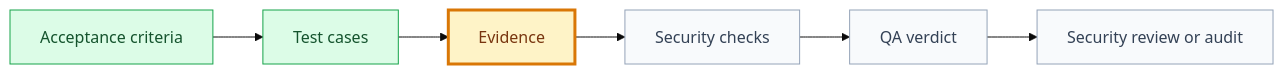
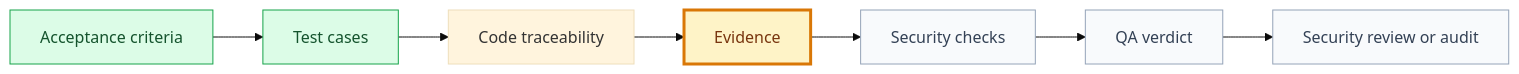
The diagram in domains/events/goals/participate-in-event/features/qr-code-check-in/use-cases/organizer-validates-qr-code/qa-evidence.md (JonatasFreireDev/spec-framework), drawn with Mermaid (base theme) before and after one commit. The commit also changed other lines of this file and 45 other files, not shown here.

Commit message:
Implement task records, code evidence, and rigor tiers

````diff
--- a/domains/events/goals/participate-in-event/features/qr-code-check-in/use-cases/organizer-validates-qr-code/qa-evidence.md
+++ b/domains/events/goals/participate-in-event/features/qr-code-check-in/use-cases/organizer-validates-qr-code/qa-evidence.md
@@ -30,17 +30,18 @@
 ```mermaid
 flowchart LR
   A["Acceptance criteria"] --> T["Test cases"]
-  T --> E["Evidence"]
+  T --> C["Code traceability"]
+  C --> E["Evidence"]
   E --> S["Security checks"]
   S --> V["QA verdict"]
   V --> R["Security review or audit"]
 
   classDef done fill:#dcfce7,stroke:#16a34a,color:#14532d;
   classDef current fill:#fef3c7,stroke:#d97706,color:#78350f,stroke-width:3px;
   classDef pending fill:#f8fafc,stroke:#94a3b8,color:#334155;
   classDef blocked fill:#fee2e2,stroke:#dc2626,color:#7f1d1d;
 
   class A,T done;
   class E current;
   class S,V,R pending;
 ```
````
